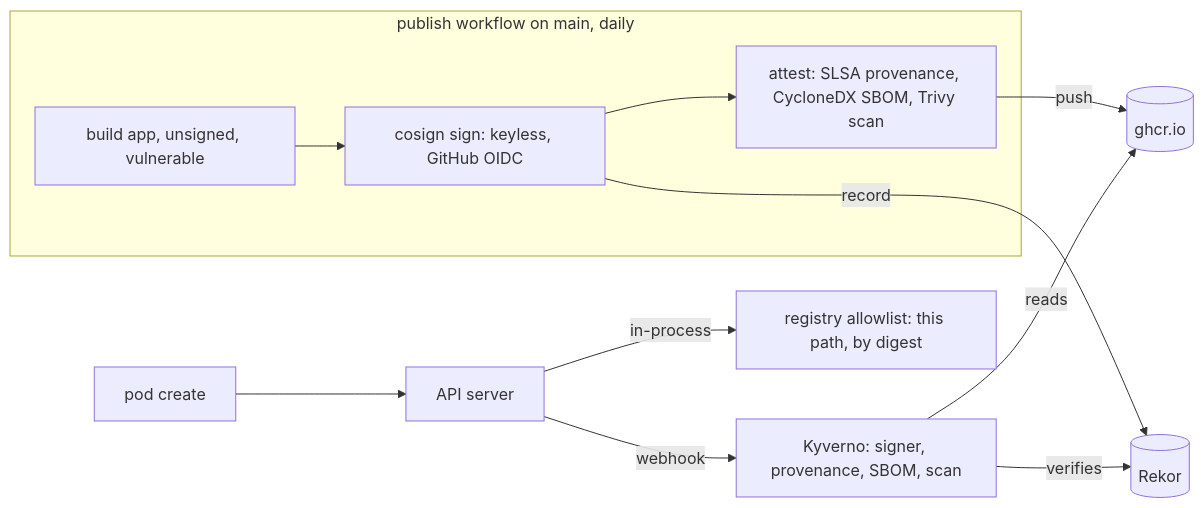
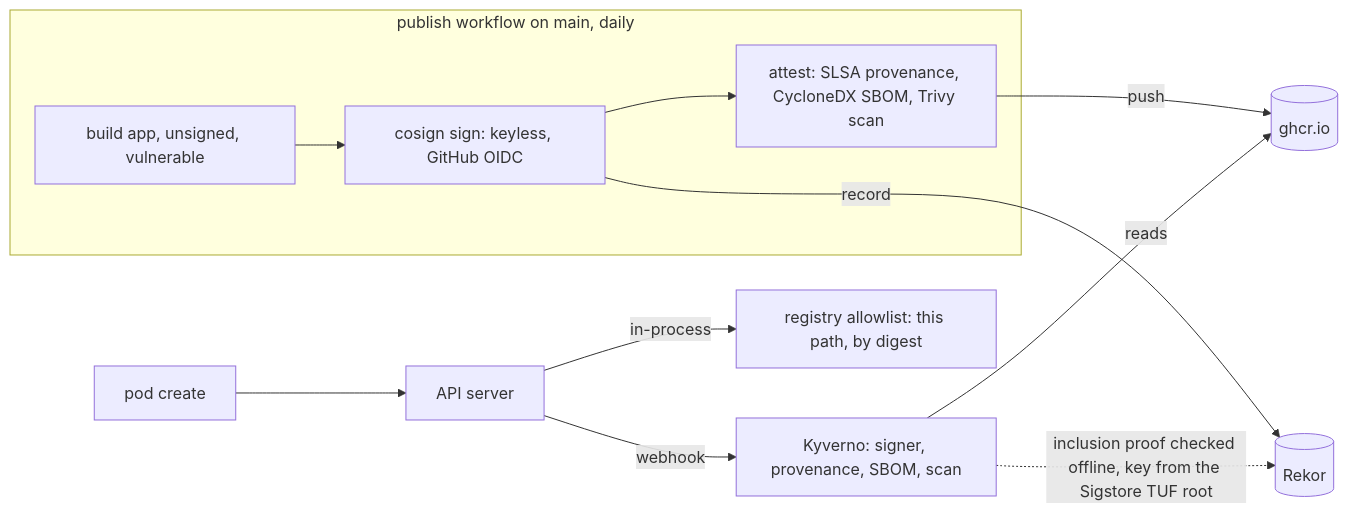
Before and after one commit to heyvaldemar/kubernetes-supply-chain-admission: the diagram in README.md, drawn with Mermaid. The commit also changed other lines of this file and 3 other files, not shown here.

````diff
--- a/README.md
+++ b/README.md
@@ -57,14 +57,14 @@
 ```mermaid
 flowchart LR
   subgraph build[publish workflow on main, daily]
     b[build app, unsigned, vulnerable] --> s[cosign sign: keyless, GitHub OIDC]
     s --> a[attest: SLSA provenance, CycloneDX SBOM, Trivy scan]
   end
   a -->|push| reg[(ghcr.io)]
   s -->|record| rekor[(Rekor)]
   pod[pod create] --> api[API server]
   api -->|in-process| vap[registry allowlist: this path, by digest]
   api -->|webhook| kyv[Kyverno: signer, provenance, SBOM, scan]
   kyv -->|reads| reg
-  kyv -->|verifies| rekor
+  kyv -.->|inclusion proof checked offline, key from the Sigstore TUF root| rekor
 ```
````
